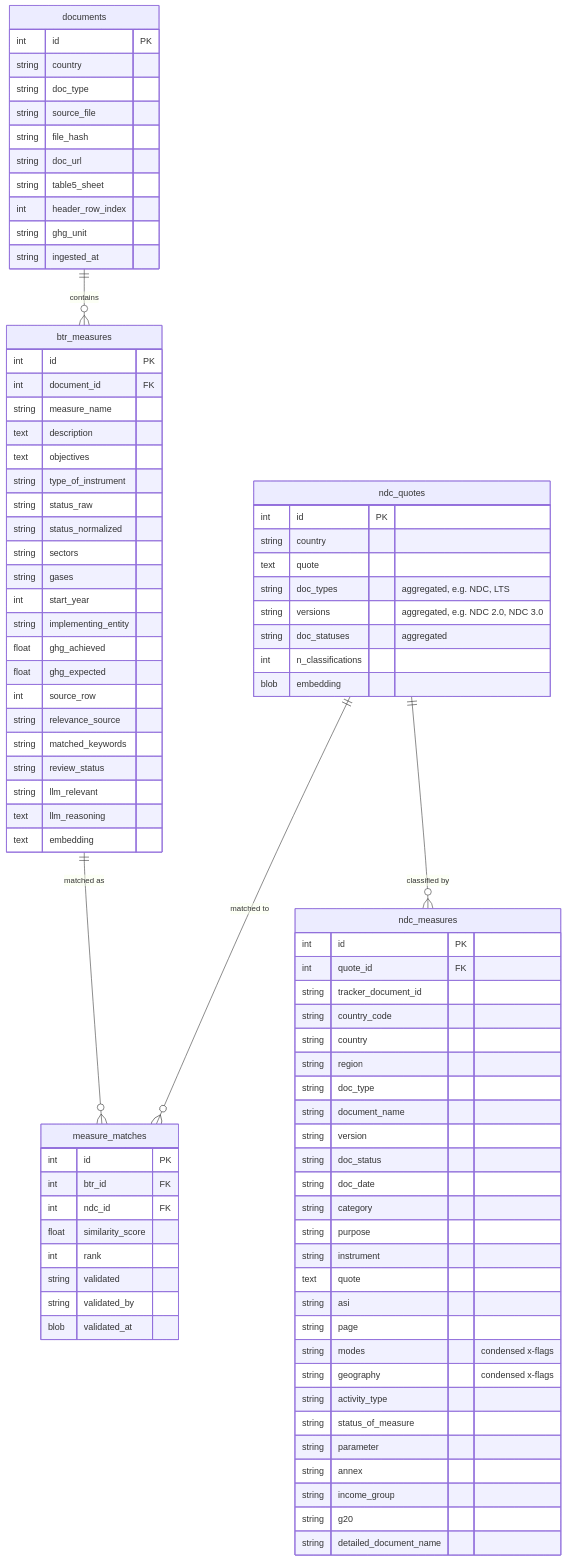
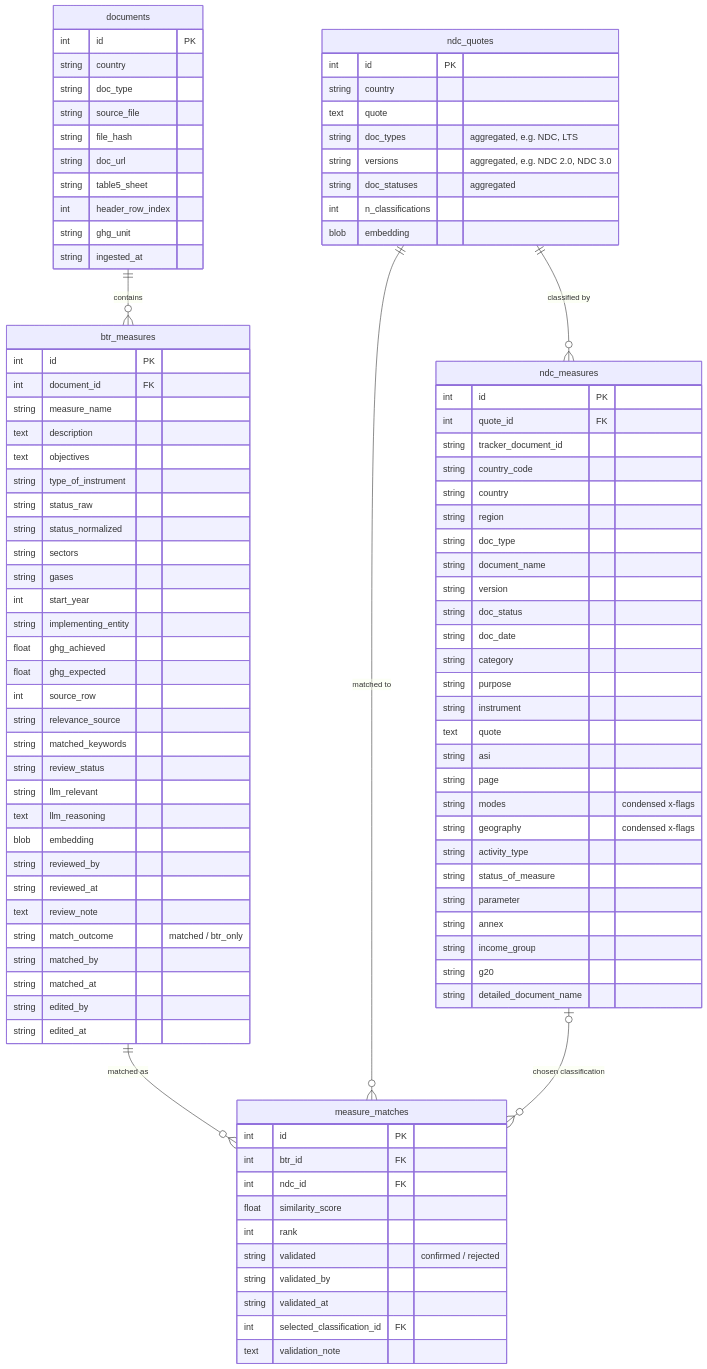
Before and after one commit to Changing-Transport/btr-analysis: the diagram in README.md, drawn with Mermaid. The commit also changed other lines of this file and 1 other file, not shown here.

````diff
--- a/README.md
+++ b/README.md
@@ -153,7 +165,15 @@
     string review_status
     string llm_relevant
     text llm_reasoning
-    text embedding
+    blob embedding
+    string reviewed_by
+    string reviewed_at
+    text review_note
+    string match_outcome "matched / btr_only"
+    string matched_by
+    string matched_at
+    string edited_by
+    string edited_at
   }
 
   ndc_measures {
@@ -202,13 +222,16 @@
     int ndc_id FK
     float similarity_score
     int rank
-    string validated
+    string validated "confirmed / rejected"
     string validated_by
-    blob validated_at
+    string validated_at
+    int selected_classification_id FK
+    text validation_note
   }
 
   documents ||--o{ btr_measures : "contains"
   ndc_quotes ||--o{ ndc_measures : "classified by"
   btr_measures ||--o{ measure_matches : "matched as"
   ndc_quotes ||--o{ measure_matches : "matched to"
+  ndc_measures |o--o{ measure_matches : "chosen classification"
 ```
````
